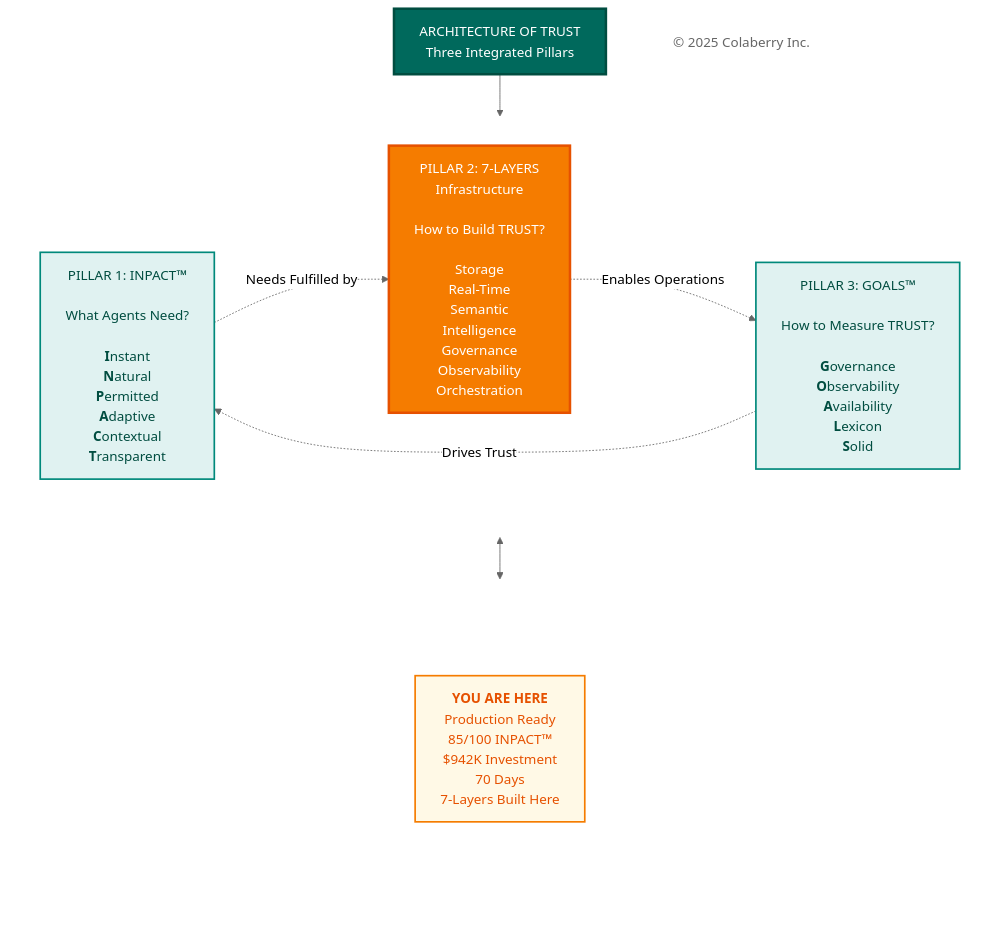
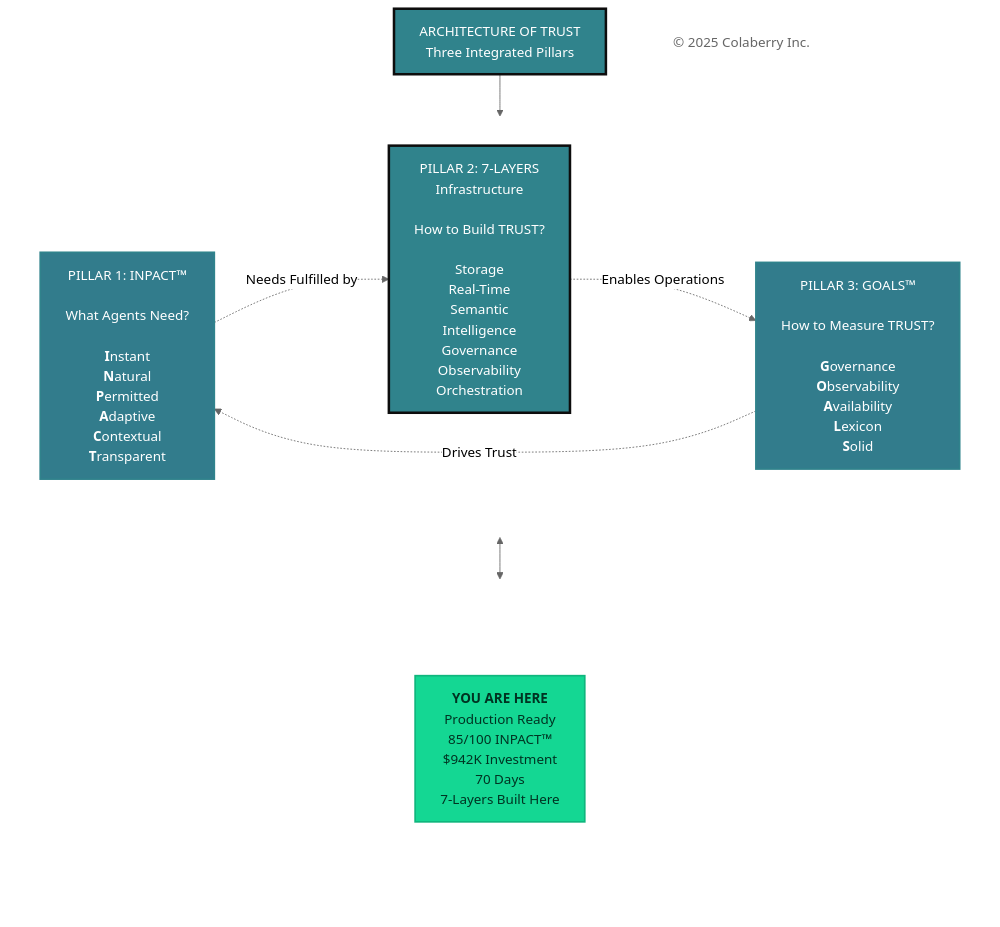
Before and after one commit to saitejesh-cyber/trust-before-intelligence-book: diagram 14 of 14 in manuscript/07_chapter_6_transparency_orchestration_layers.md, drawn with Mermaid (neutral theme). The commit also changed other lines of this file, not shown here.

Commit message:
Update mermaid diagrams as per new coloberry color and contrast ratio for chapter 7

````diff
--- a/manuscript/07_chapter_6_transparency_orchestration_layers.md
+++ b/manuscript/07_chapter_6_transparency_orchestration_layers.md
@@ -1283,46 +1283,46 @@
 ```mermaid
 
 
 
 
 graph TB
     Title["ARCHITECTURE OF TRUST<br/>Three Integrated Pillars"]
     
     subgraph PILLARS[" "]
         direction LR
         INPACT["`PILLAR 1: INPACT™<br/><br/>What Agents Need?<br/><br/>**I**nstant<br/>**N**atural<br/>**P**ermitted<br/>**A**daptive<br/>**C**ontextual<br/>**T**ransparent`"]
         
         Layers["PILLAR 2: 7-LAYERS<br/>Infrastructure<br/><br/>How to Build TRUST?<br/><br/>Storage<br/>Real-Time<br/>Semantic<br/>Intelligence<br/>Governance<br/>Observability<br/>Orchestration"]
         
         GOALS["`PILLAR 3: GOALS™<br/><br/>How to Measure TRUST?<br/><br/>**G**overnance<br/>**O**bservability<br/>**A**vailability<br/>**L**exicon<br/>**S**olid`"]
     end
     
     subgraph INDICATOR[" "]
         direction LR
         Spacer1[" "]
         YouAreHere["<b>YOU ARE HERE</b><br/>Production Ready<br/>85/100 INPACT™<br/>$942K Investment<br/>70 Days <br/> 7-Layers Built Here"]
         Spacer2[" "]
     end
     
     Copyright["© 2025 Colaberry Inc."]
     
     Title --> PILLARS
     PILLARS <--> INDICATOR
     
     INPACT -.->|"Needs Fulfilled by"| Layers
     Layers -.->|"Enables Operations"| GOALS
     GOALS -.->|"Drives Trust"| INPACT
 
-    style Title fill:#00695c,color:#ffffff,stroke:#004d40,stroke-width:3px
+    style Title fill:#30838C,color:#ffffff,stroke:#0D0D0D,stroke-width:3px
     style PILLARS fill:none,stroke:none
     style INDICATOR fill:none,stroke:none
-    style INPACT fill:#e0f2f1,stroke:#00897b,stroke-width:2px,color:#004d40
-    style Layers fill:#f57c00,stroke:#e65100,stroke-width:3px,color:#ffffff
-    style GOALS fill:#e0f2f1,stroke:#00897b,stroke-width:2px,color:#004d40
+    style INPACT fill:#327C8C,stroke:#30838C,stroke-width:2px,color:#ffffff
+    style Layers fill:#30838C,stroke:#0D0D0D,stroke-width:3px,color:#ffffff
+    style GOALS fill:#327C8C,stroke:#30838C,stroke-width:2px,color:#ffffff
     style Spacer1 fill:none,stroke:none,color:transparent
-    style YouAreHere fill:#fff9e6,stroke:#f57c00,stroke-width:2px,color:#e65100
+    style YouAreHere fill:#14D793,color:#003322,stroke:#0FB67D,stroke-width:2px
     style Spacer2 fill:none,stroke:none,color:transparent
     style Copyright fill:#ffffff,stroke:none,color:#666666
 
 
 ```
````
